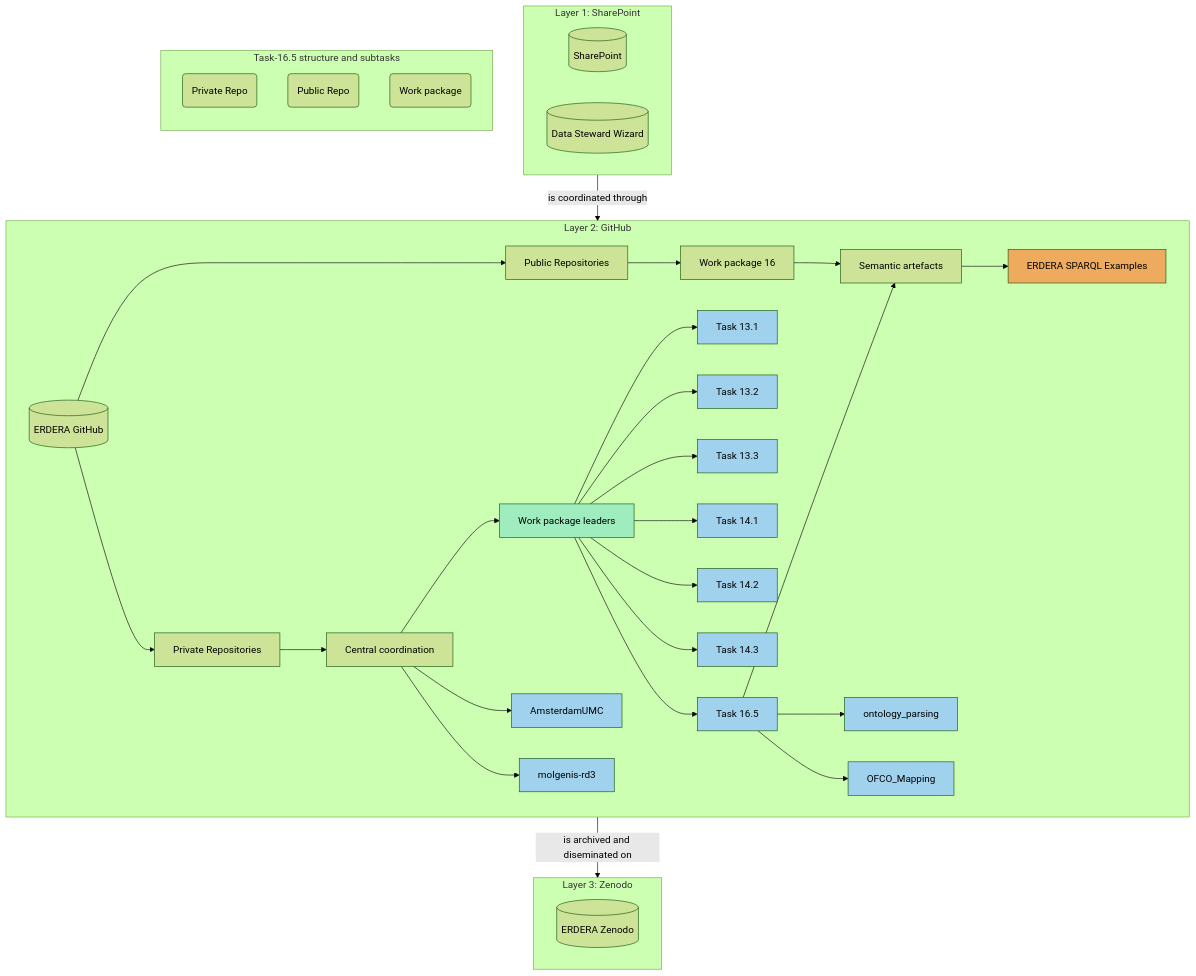
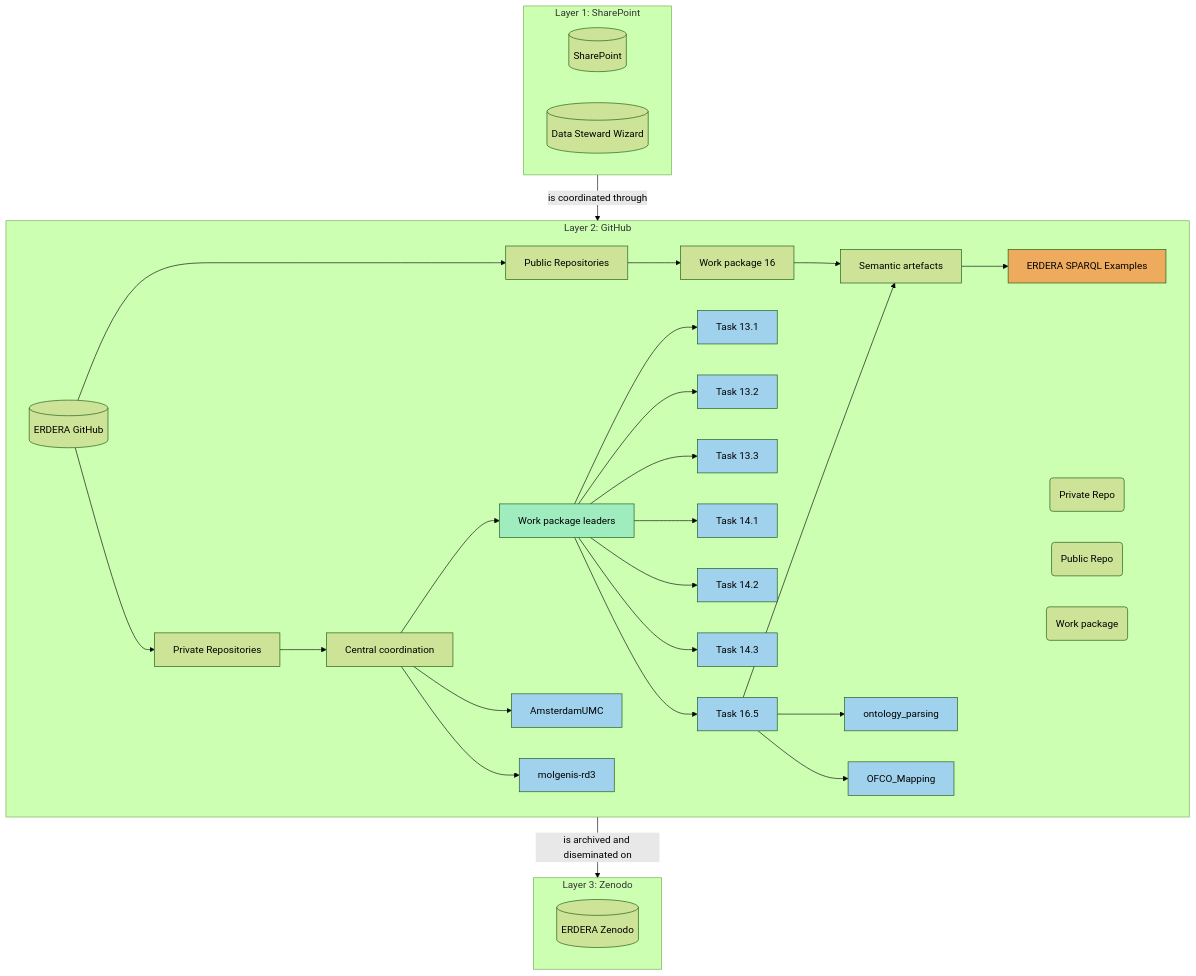
The diagram in README.md (ERDERA/REPO-central-coordination), drawn with Mermaid (forest theme) before and after one commit.

Commit message:
Update mermaid legend

````diff
--- a/README.md
+++ b/README.md
@@ -75,69 +75,69 @@
 ```mermaid
 graph TD
     subgraph ClusterA [Layer 1: SharePoint]
         SP[(SharePoint)]
         DSW[(Data Steward Wizard)]
     end
 
     subgraph ClusterB [Layer 2: GitHub]
     direction LR
         EGH[(ERDERA GitHub)] --> PrivR[Private Repositories]
         EGH --> PubR[Public Repositories]  
         PubR --> WP16[Work package 16]
         WP16 --> SE[Semantic artefacts]
         
         SE --> SPARQLEX[ERDERA SPARQL Examples]
         PrivR --> CC[Central coordination]
         CC --> WPL[Work package leaders]
         CC --> AMC[AmsterdamUMC]
         CC --> MR[molgenis-rd3]
         WPL --> 13.1[Task 13.1]
         WPL --> 13.2[Task 13.2]
         WPL --> 13.3[Task 13.3]
         WPL --> 14.1[Task 14.1]
         WPL --> 14.2[Task 14.2]
         WPL --> 14.3[Task 14.3]
         WPL --> 16.5[Task 16.5]
         16.5 --> OP[ontology_parsing]
         16.5 --> SE
         16.5 --> OFCO[OFCO_Mapping]
     end
 
     subgraph ClusterC [Layer 3: Zenodo]
         EZD[(ERDERA Zenodo)]
     end
     
     ClusterA --> |is coordinated through| ClusterB
     ClusterB --> |is archived and diseminated on| ClusterC
 
     click OP "https://github.com/ERDERA/ontology_parsing"
     click OFCO "https://github.com/ERDERA/OFCO_Mapping"
     click SPARQLEX "https://github.com/ERDERA/sparql-examples"
     click 16.5 "https://github.com/ERDERA/Task-16.5-coordination"
     click 13.3 "https://github.com/ERDERA/Task-13.3"
     click 14.1 "https://github.com/ERDERA/Task-14.1-coordination"
     click 14.2 "https://github.com/ERDERA/Task-14.2"
     click 14.3 "https://github.com/ERDERA/Task-14.3"
     click 13.2 "https://github.com/ERDERA/Task-13.2"
     click 13.1 "https://github.com/ERDERA/Task-13.1"
     click MR "https://github.com/ERDERA/molgenis-rd3"
     click AMC "https://github.com/ERDERA/AmsterdamUMC"
 
     %% Colors
     classDef repo2 fill:#efab5d
     classDef repo fill:#a0d2ed
     classDef wp fill:#9fecbf
 
     class 16.5,OP,OFCO,13.3,14.1,14.2,14.3,13.2,13.1,Repo,MR,AMC repo;
     class Repo2,SPARQLEX repo2;
     class WPL,WP wp;
 
     %% Legend
-    subgraph Cluster16_5 [Task-16.5 structure and subtasks]
+    subgraph ClusterB [Legend]
         direction TB
         Repo(Private Repo)
         Repo2(Public Repo)
         WP(Work package)
     end
 
 ```
````
